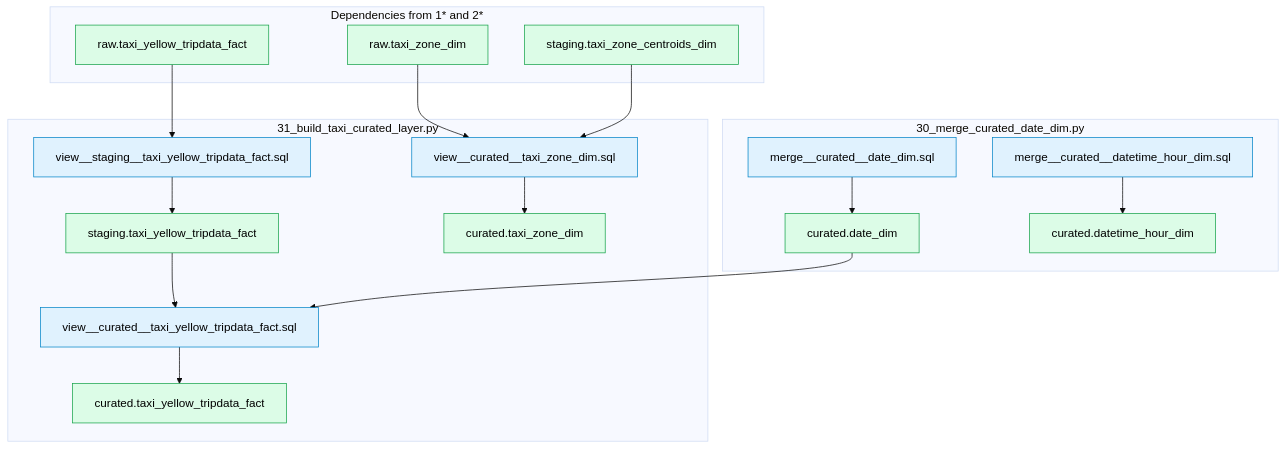
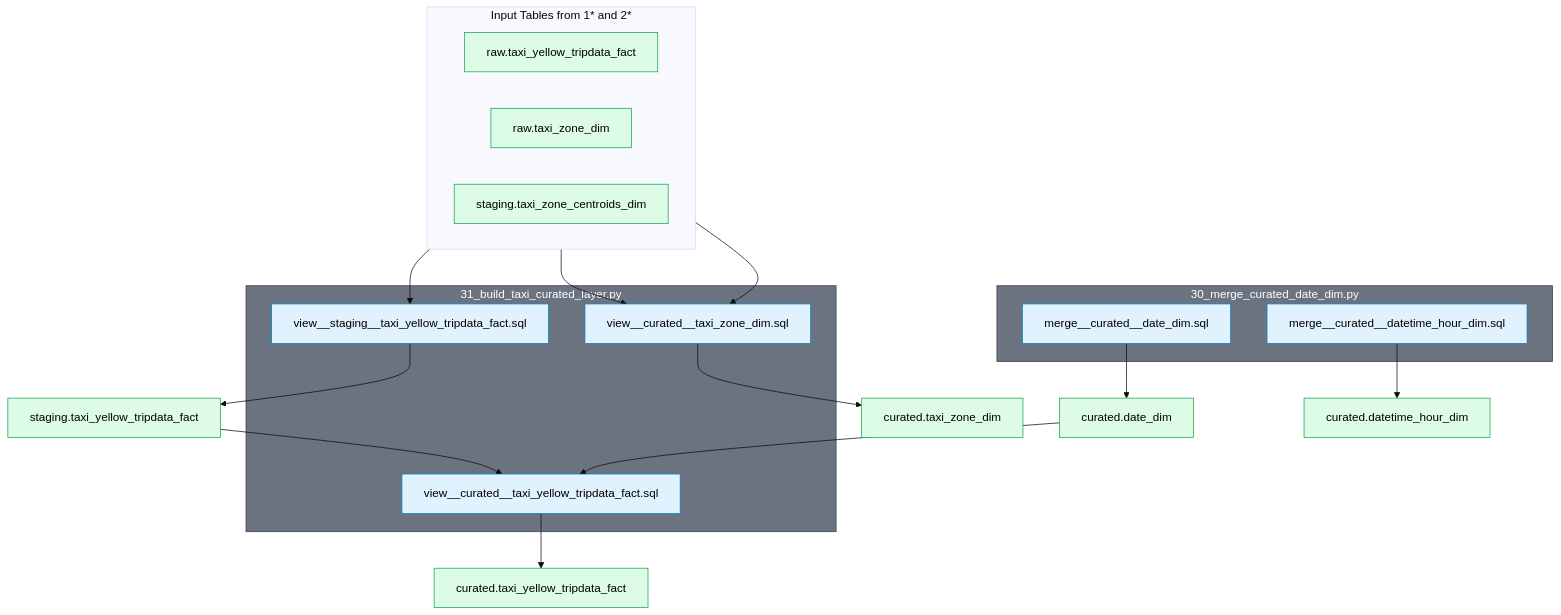
One commit to betsyhcamp/nyc_taxi changed the fourth of 5 diagrams in local/README.md. Above: the diagram before and after it, drawn with Mermaid (base theme). The commit also changed other lines of this file and 1 other file, not shown here.

Commit message:
add explicit instructions for creating dataflow diagrams; update diagrams

````diff
--- a/local/README.md
+++ b/local/README.md
@@ -286,34 +328,40 @@
 ```mermaid
 flowchart TD
-    classDef script fill:#e0f2fe,stroke:#0284c7,color:#000
+    classDef sql fill:#e0f2fe,stroke:#0284c7,color:#000
     classDef table fill:#dcfce7,stroke:#16a34a,color:#000
 
-    subgraph inputs [Dependencies from 1* and 2*]
+    subgraph script_30 [30_merge_curated_date_dim.py]
+        merge_date[merge__curated__date_dim.sql]:::sql
+        merge_datetime[merge__curated__datetime_hour_dim.sql]:::sql
+    end
+
+    merge_date --> cur_date[curated.date_dim]:::table
+    merge_datetime --> cur_datetime[curated.datetime_hour_dim]:::table
+
+    subgraph inputs [Input Tables from 1* and 2*]
+        direction LR
         raw_taxi[raw.taxi_yellow_tripdata_fact]:::table
         raw_zone[raw.taxi_zone_dim]:::table
         stg_centroid[staging.taxi_zone_centroids_dim]:::table
     end
 
-    subgraph script_30 [30_merge_curated_date_dim.py]
-        merge_date[merge__curated__date_dim.sql]:::script
-        merge_datetime[merge__curated__datetime_hour_dim.sql]:::script
-        cur_date[curated.date_dim]:::table
-        cur_datetime[curated.datetime_hour_dim]:::table
+    subgraph script_31 [31_build_taxi_curated_layer.py]
+        view_stg[view__staging__taxi_yellow_tripdata_fact.sql]:::sql
+        view_zone[view__curated__taxi_zone_dim.sql]:::sql
+        view_fact[view__curated__taxi_yellow_tripdata_fact.sql]:::sql
     end
 
-    subgraph script_31 [31_build_taxi_curated_layer.py]
-        view_stg[view__staging__taxi_yellow_tripdata_fact.sql]:::script
-        view_zone[view__curated__taxi_zone_dim.sql]:::script
-        view_fact[view__curated__taxi_yellow_tripdata_fact.sql]:::script
-        stg_taxi[staging.taxi_yellow_tripdata_fact]:::table
-        cur_zone[curated.taxi_zone_dim]:::table
-        cur_fact[curated.taxi_yellow_tripdata_fact]:::table
-    end
+    raw_taxi --> view_stg
+    raw_zone --> view_zone
+    stg_centroid --> view_zone
 
-    merge_date --> cur_date
-    merge_datetime --> cur_datetime
-    raw_taxi --> view_stg --> stg_taxi --> view_fact --> cur_fact
+    view_stg --> stg_taxi[staging.taxi_yellow_tripdata_fact]:::table
+    view_zone --> cur_zone[curated.taxi_zone_dim]:::table
+
+    stg_taxi --> view_fact
     cur_date --> view_fact
-    raw_zone --> view_zone --> cur_zone
-    stg_centroid --> view_zone
+    view_fact --> cur_fact[curated.taxi_yellow_tripdata_fact]:::table
+
+    style script_30 fill:#6b7280,stroke:#374151,color:#fff
+    style script_31 fill:#6b7280,stroke:#374151,color:#fff
 ```
````
